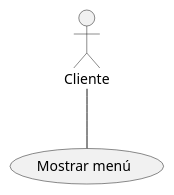
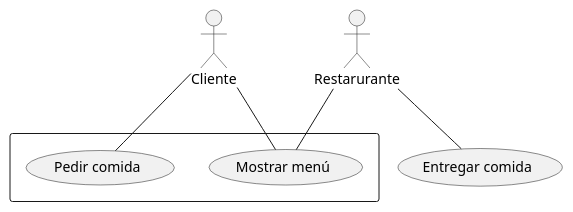
The diagram in Elementos.puml (abrahambelen/ClasesDeUsoPlantUML_I), drawn with PlantUML before and after one commit.

```diff
--- a/Elementos.puml
+++ b/Elementos.puml
@@ -1,8 +1,18 @@
 @startuml
 
 actor Cliente
+actor Restarurante
+
+(Entregar comida)
+
+rectangle {
 (Mostrar menú)
+(Pedir comida)
+}
 
 Cliente -- (Mostrar menú)
+Cliente -- (Pedir comida)
+Restarurante -- (Entregar comida)
+Restarurante -- (Mostrar menú)
 
 @enduml
```
